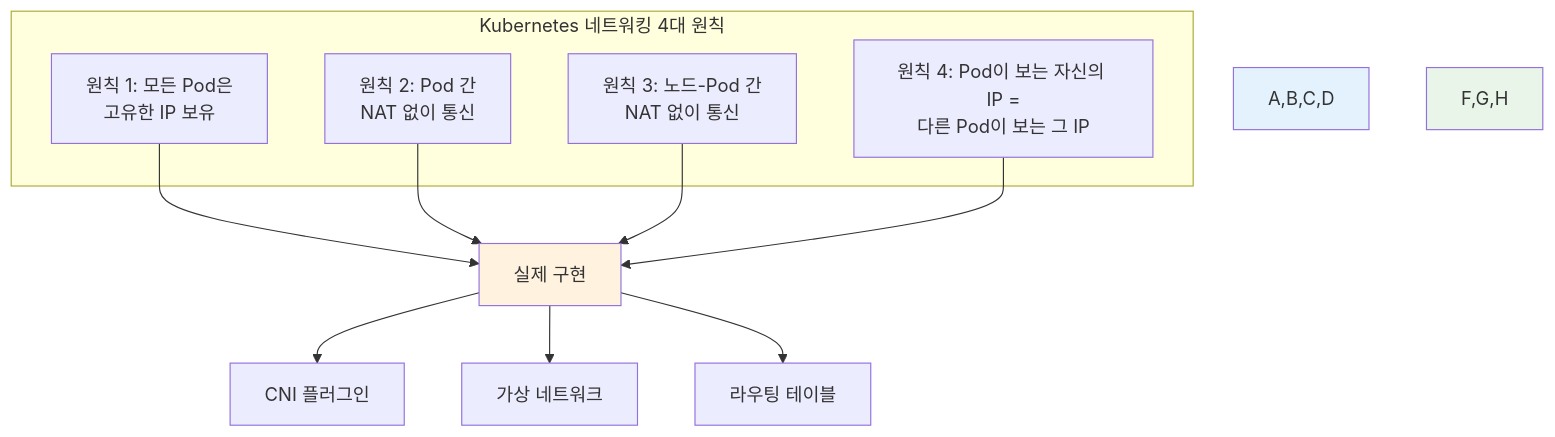
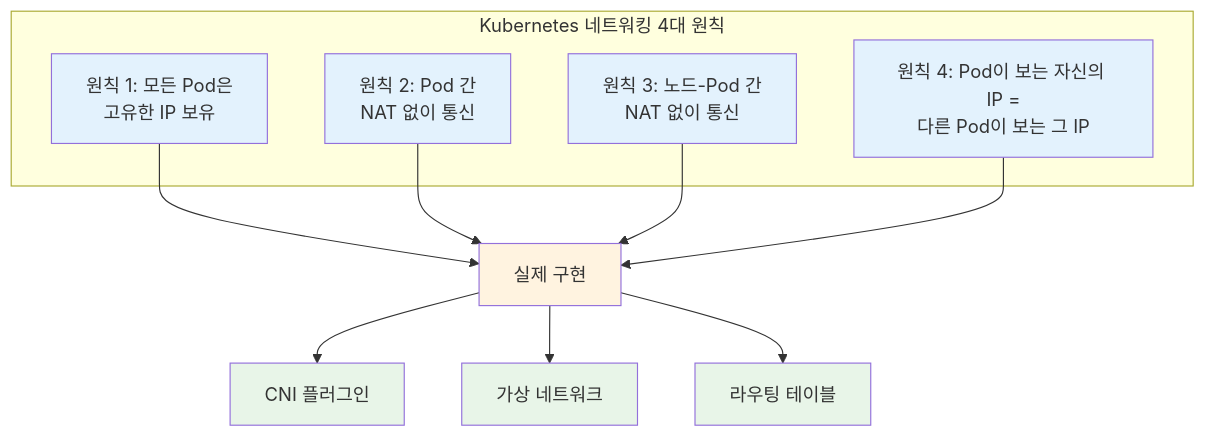
The second of 4 diagrams in theory/week_03/day3/session_1.md (niceguy61/kdt_devops_lecture_2025), drawn with Mermaid before and after one commit. The commit also changed 4 other files, not shown here.

````diff
--- a/theory/week_03/day3/session_1.md
+++ b/theory/week_03/day3/session_1.md
@@ -66,22 +66,27 @@
 ```mermaid
 graph TB
     subgraph "Kubernetes 네트워킹 4대 원칙"
         A[원칙 1: 모든 Pod은<br/>고유한 IP 보유]
         B[원칙 2: Pod 간<br/>NAT 없이 통신]
         C[원칙 3: 노드-Pod 간<br/>NAT 없이 통신]
         D[원칙 4: Pod이 보는 자신의 IP =<br/>다른 Pod이 보는 그 IP]
     end
     
     A --> E[실제 구현]
     B --> E
     C --> E
     D --> E
     
     E --> F[CNI 플러그인]
     E --> G[가상 네트워크]
     E --> H[라우팅 테이블]
     
-    style A,B,C,D fill:#e3f2fd
+    style A fill:#e3f2fd
+    style B fill:#e3f2fd
+    style C fill:#e3f2fd
+    style D fill:#e3f2fd
     style E fill:#fff3e0
-    style F,G,H fill:#e8f5e8
+    style F fill:#e8f5e8
+    style G fill:#e8f5e8
+    style H fill:#e8f5e8
 ```
````
